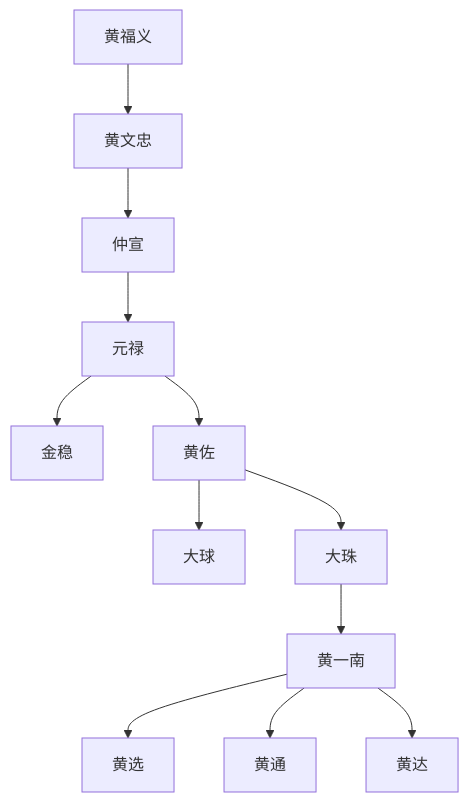
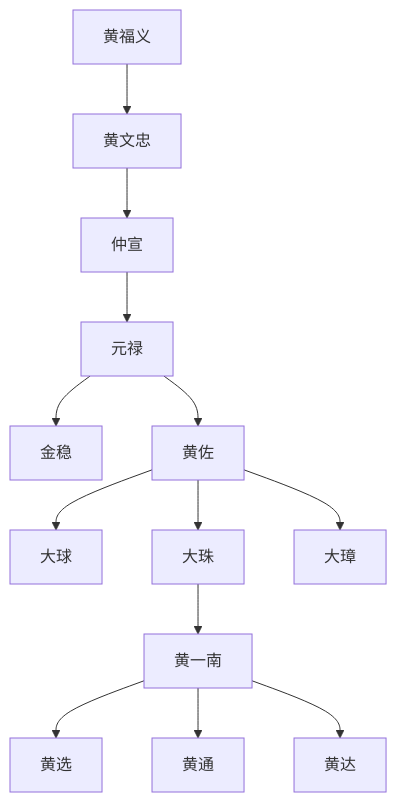
The diagram in contents/chapter2.md (jeanim/jiapu), drawn with Mermaid before and after one commit.

```diff
--- a/contents/chapter2.md
+++ b/contents/chapter2.md
@@ -5,14 +5,15 @@
 {% mermaid %}
 graph TB;
   huangfuyi["黄福义"]-->huangwenzhong["黄文忠"];
   huangwenzhong["黄文忠"]-->zhongxuan["仲宣"];
   zhongxuan["仲宣"]-->yuanlu["元禄"];
   yuanlu["元禄"]-->jingwen["金稳"];
   yuanlu["元禄"]-->huangzuo["黄佐"];
   huangzuo["黄佐"]-->daqiu["大球"];
   huangzuo["黄佐"]-->dazhu["大珠"];
   dazhu["大珠"]-->huangyinan["黄一南"];
   huangyinan["黄一南"]-->huangxuan["黄选"];
   huangyinan["黄一南"]-->huangtong["黄通"];
   huangyinan["黄一南"]-->huangda["黄达"];
+  huangzuo["黄佐"]-->dazhang["大璋"];
 {% endmermaid %}
```
